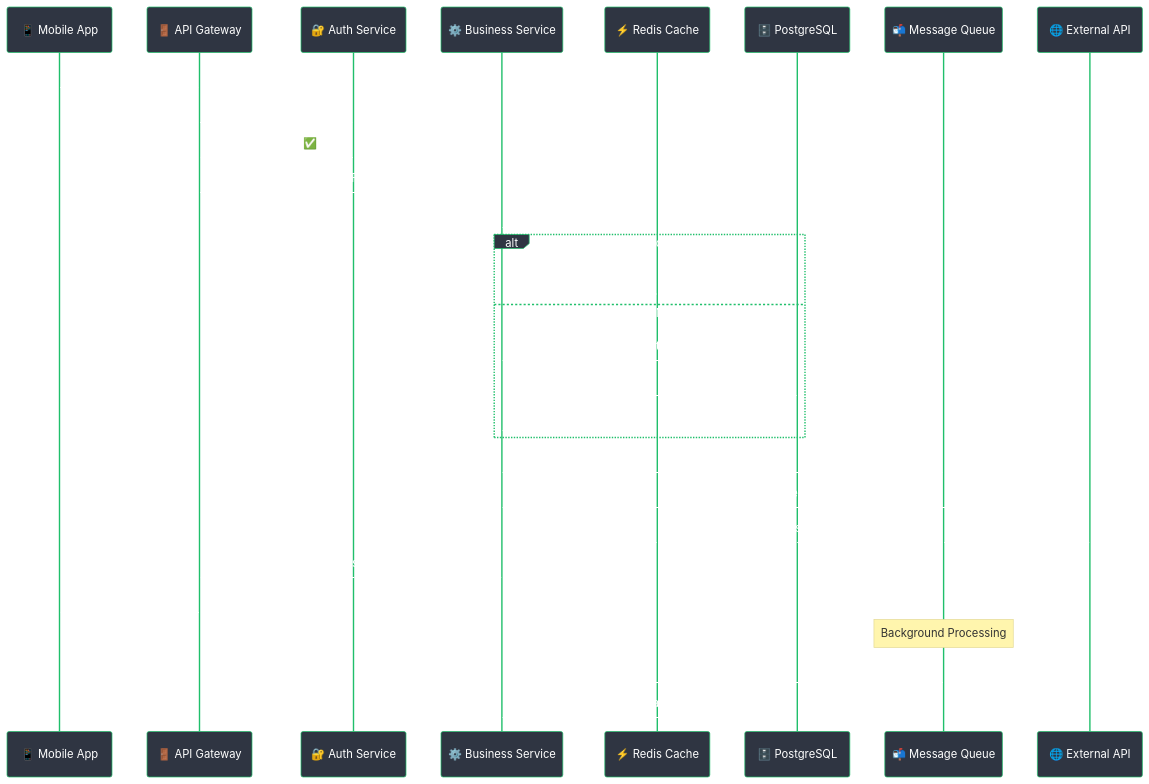
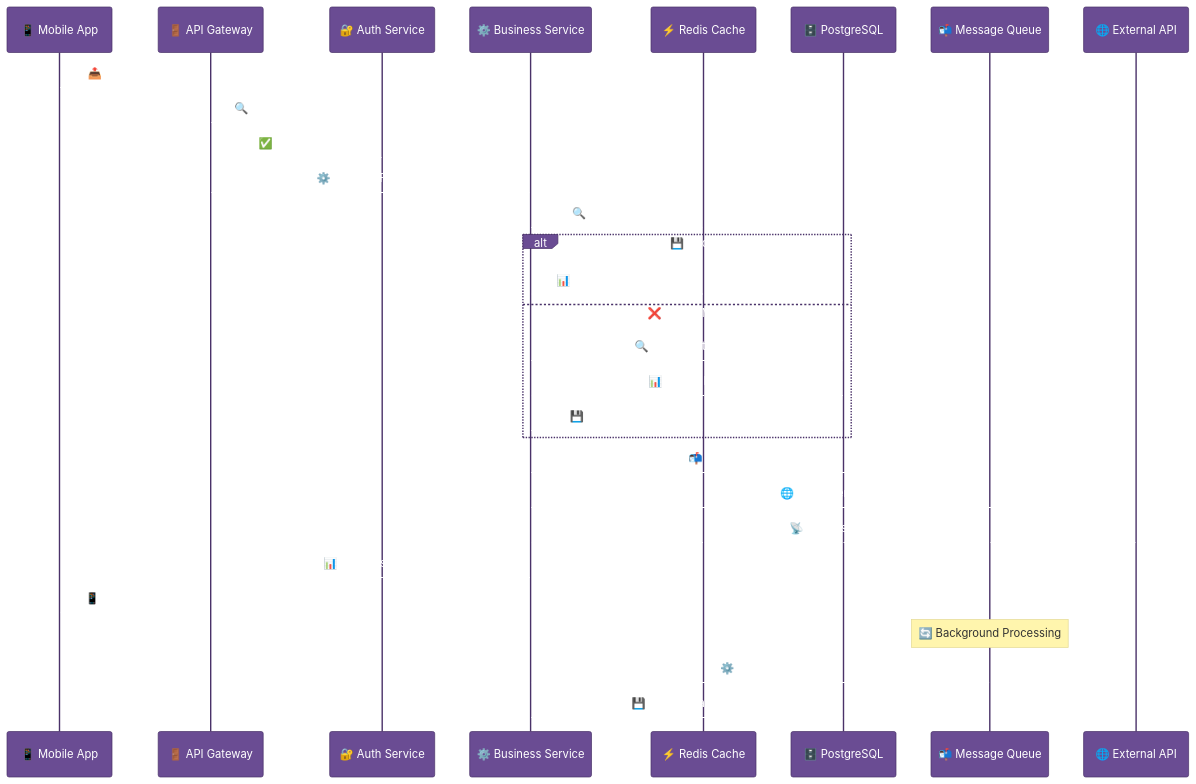
One commit to abdoElHodaky/transportapp changed the third of 7 diagrams in docs/ARCHITECTURE_UPDATED.md. Above: the diagram before and after it, drawn with Mermaid. The commit also changed other lines of this file and 1 other file, not shown here.

````diff
--- a/docs/ARCHITECTURE_UPDATED.md
+++ b/docs/ARCHITECTURE_UPDATED.md
@@ -250,53 +250,53 @@
 ```mermaid
 %%{init: {
   'theme': 'base',
   'themeVariables': {
-    'primaryColor': '#26de81',
+    'primaryColor': '#6A4C93',
     'primaryTextColor': '#ffffff',
-    'primaryBorderColor': '#20bf6b',
-    'lineColor': '#3742fa',
-    'secondaryColor': '#ff6b6b',
-    'tertiaryColor': '#ffa502',
-    'background': '#1e1e1e',
-    'mainBkg': '#2f3542',
-    'secondBkg': '#57606f',
-    'tertiaryBkg': '#747d8c'
+    'primaryBorderColor': '#4a3269',
+    'lineColor': '#9D7FFF',
+    'secondaryColor': '#E6CCFF',
+    'tertiaryColor': '#C8A2C8',
+    'background': '#ffffff',
+    'mainBkg': '#6A4C93',
+    'secondBkg': '#9D7FFF',
+    'tertiaryBkg': '#E6CCFF'
   }
 }}%%
 
 sequenceDiagram
     participant Client as 📱 Mobile App
     participant Gateway as 🚪 API Gateway
     participant Auth as 🔐 Auth Service
     participant Service as ⚙️ Business Service
     participant Cache as ⚡ Redis Cache
     participant DB as 🗄️ PostgreSQL
     participant Queue as 📬 Message Queue
     participant External as 🌐 External API
 
-    Client->>Gateway: HTTP Request
-    Gateway->>Auth: Validate JWT Token
-    Auth-->>Gateway: Token Valid ✅
+    Client->>Gateway: 📤 HTTP Request
+    Gateway->>Auth: 🔍 Validate JWT Token
+    Auth-->>Gateway: ✅ Token Valid
     
-    Gateway->>Service: Process Request
-    Service->>Cache: Check Cache
+    Gateway->>Service: ⚙️ Process Request
+    Service->>Cache: 🔍 Check Cache
     
-    alt Cache Hit
-        Cache-->>Service: Return Cached Data
-    else Cache Miss
-        Service->>DB: Query Database
-        DB-->>Service: Return Data
-        Service->>Cache: Update Cache
+    alt 💾 Cache Hit
+        Cache-->>Service: 📊 Return Cached Data
+    else ❌ Cache Miss
+        Service->>DB: 🔍 Query Database
+        DB-->>Service: 📊 Return Data
+        Service->>Cache: 💾 Update Cache
     end
     
-    Service->>Queue: Queue Background Job
-    Service->>External: Call External API
-    External-->>Service: API Response
+    Service->>Queue: 📬 Queue Background Job
+    Service->>External: 🌐 Call External API
+    External-->>Service: 📡 API Response
     
-    Service-->>Gateway: Response Data
-    Gateway-->>Client: HTTP Response
+    Service-->>Gateway: 📊 Response Data
+    Gateway-->>Client: 📱 HTTP Response
     
-    Note over Queue: Background Processing
-    Queue->>Service: Process Job
-    Service->>DB: Update Database
+    Note over Queue: 🔄 Background Processing
+    Queue->>Service: ⚙️ Process Job
+    Service->>DB: 💾 Update Database
 ```
````
